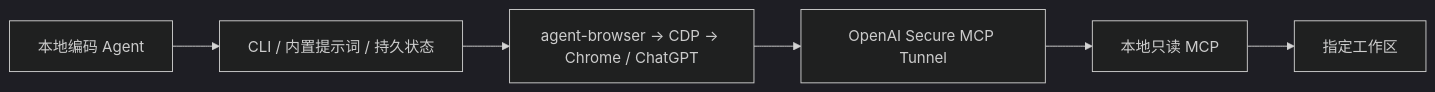
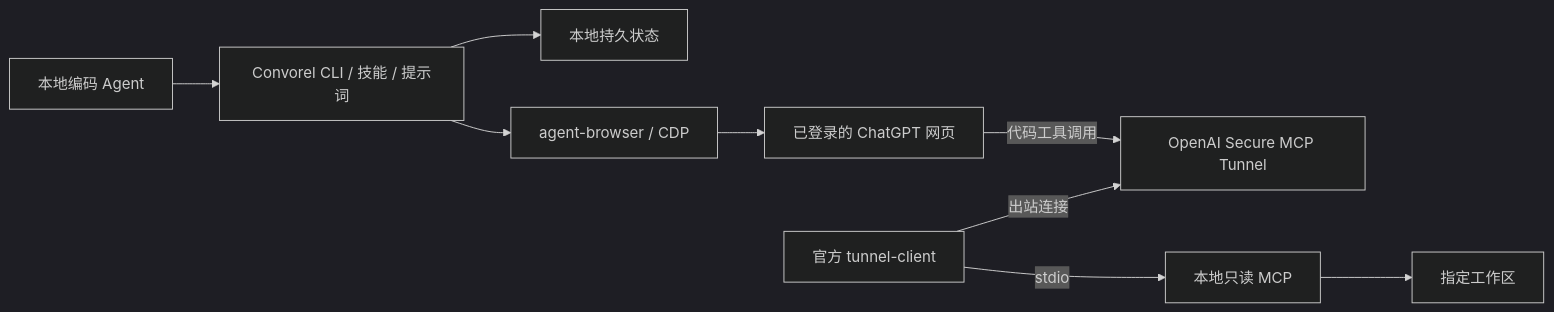
One commit to MarioJames/convorel changed the diagram in README.md. Above: the diagram before and after it, drawn with Mermaid (dark theme). The commit also changed other lines of this file and 1 other file, not shown here.

````diff
--- a/README.md
+++ b/README.md
@@ -55,8 +27,11 @@
 ```mermaid
 flowchart LR
-  Agent[本地编码 Agent] --> CLI[CLI / 内置提示词 / 持久状态]
-  CLI --> Browser[agent-browser → CDP → Chrome / ChatGPT]
-  Browser --> Tunnel[OpenAI Secure MCP Tunnel]
-  Tunnel --> MCP[本地只读 MCP]
-  MCP --> Repo[指定工作区]
+  Agent[本地编码 Agent] --> CLI[Convorel CLI / 技能 / 提示词]
+  CLI --> State[本地持久状态]
+  CLI --> Browser[agent-browser / CDP]
+  Browser --> ChatGPT[已登录的 ChatGPT 网页]
+  ChatGPT -->|代码工具调用| Tunnel[OpenAI Secure MCP Tunnel]
+  MCP[本地只读 MCP] --> Repo[指定工作区]
+  Client[官方 tunnel-client] -->|出站连接| Tunnel
+  Client -->|stdio| MCP
 ```
````
